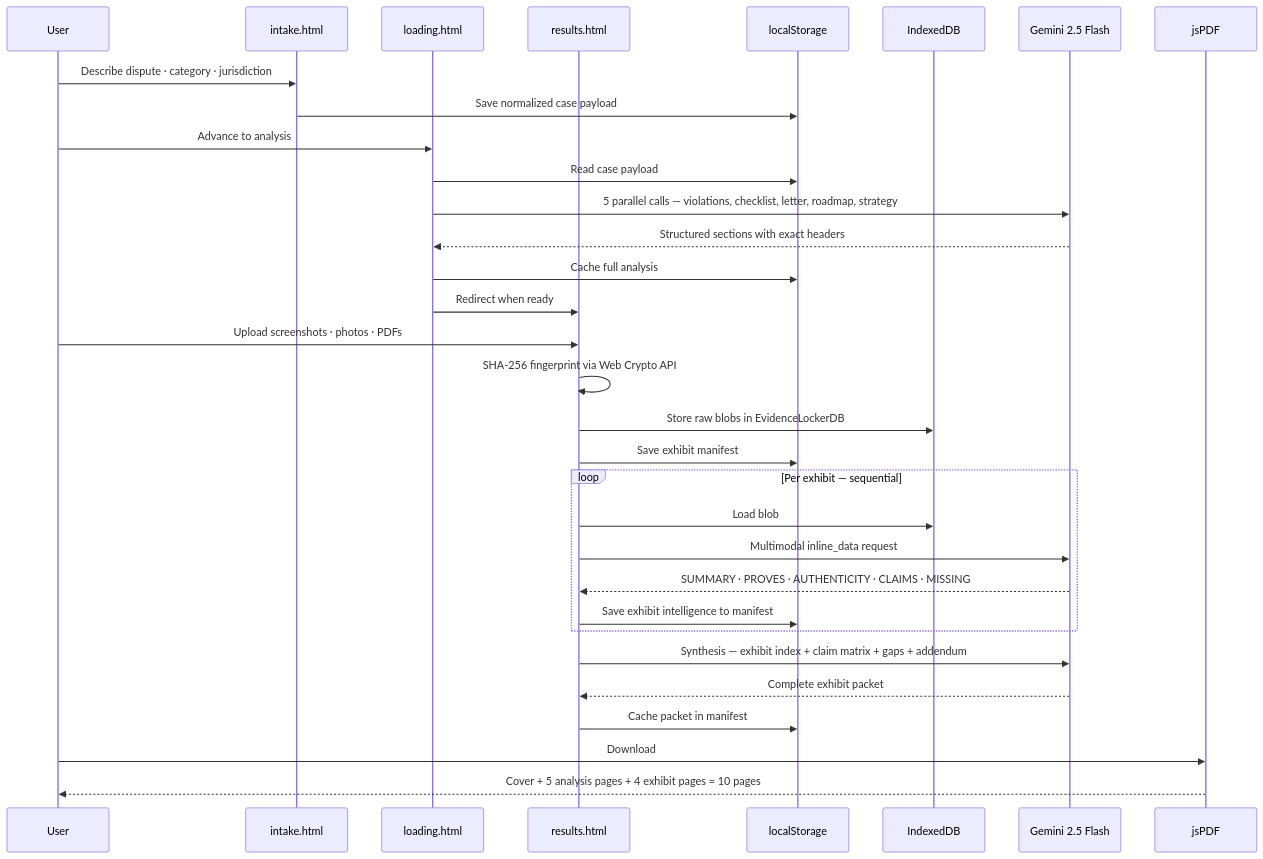
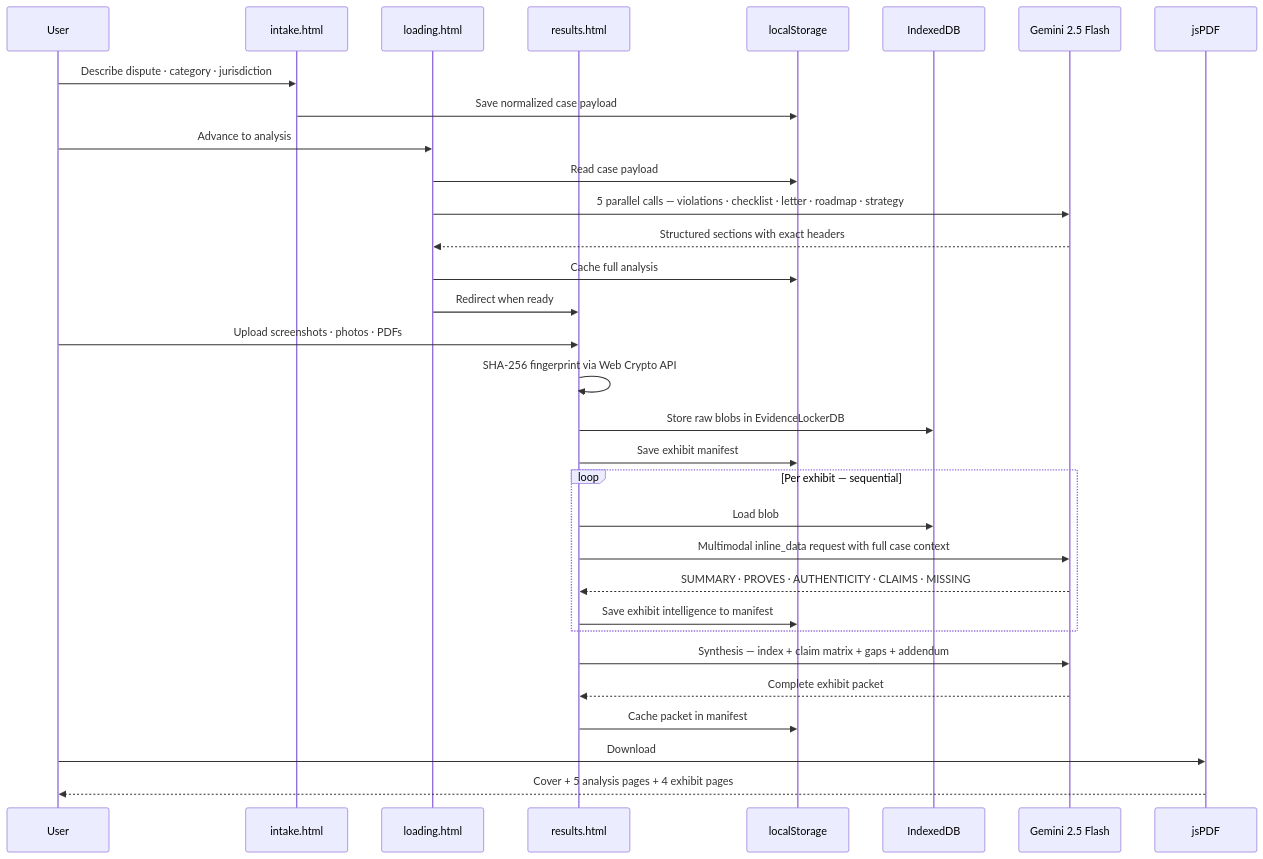
One commit to Iceman-Dann/Evidence-Locker changed the third of 12 diagrams in README.md. Above: the diagram before and after it, drawn with Mermaid. The commit also changed other lines of this file, not shown here.

````diff
--- a/README.md
+++ b/README.md
@@ -144,40 +170,40 @@
 ```mermaid
 sequenceDiagram
     participant User
     participant Intake as intake.html
     participant Loading as loading.html
     participant Results as results.html
     participant LS as localStorage
     participant IDB as IndexedDB
     participant Gemini as Gemini 2.5 Flash
     participant PDF as jsPDF
 
     User->>Intake: Describe dispute · category · jurisdiction
     Intake->>LS: Save normalized case payload
     User->>Loading: Advance to analysis
 
     Loading->>LS: Read case payload
-    Loading->>Gemini: 5 parallel calls — violations, checklist, letter, roadmap, strategy
+    Loading->>Gemini: 5 parallel calls — violations · checklist · letter · roadmap · strategy
     Gemini-->>Loading: Structured sections with exact headers
     Loading->>LS: Cache full analysis
     Loading->>Results: Redirect when ready
 
     User->>Results: Upload screenshots · photos · PDFs
     Results->>Results: SHA-256 fingerprint via Web Crypto API
     Results->>IDB: Store raw blobs in EvidenceLockerDB
     Results->>LS: Save exhibit manifest
 
     loop Per exhibit — sequential
         Results->>IDB: Load blob
-        Results->>Gemini: Multimodal inline_data request
+        Results->>Gemini: Multimodal inline_data request with full case context
         Gemini-->>Results: SUMMARY · PROVES · AUTHENTICITY · CLAIMS · MISSING
         Results->>LS: Save exhibit intelligence to manifest
     end
 
-    Results->>Gemini: Synthesis — exhibit index + claim matrix + gaps + addendum
+    Results->>Gemini: Synthesis — index + claim matrix + gaps + addendum
     Gemini-->>Results: Complete exhibit packet
     Results->>LS: Cache packet in manifest
 
     User->>PDF: Download
-    PDF-->>User: Cover + 5 analysis pages + 4 exhibit pages = 10 pages
+    PDF-->>User: Cover + 5 analysis pages + 4 exhibit pages
 ```
````
